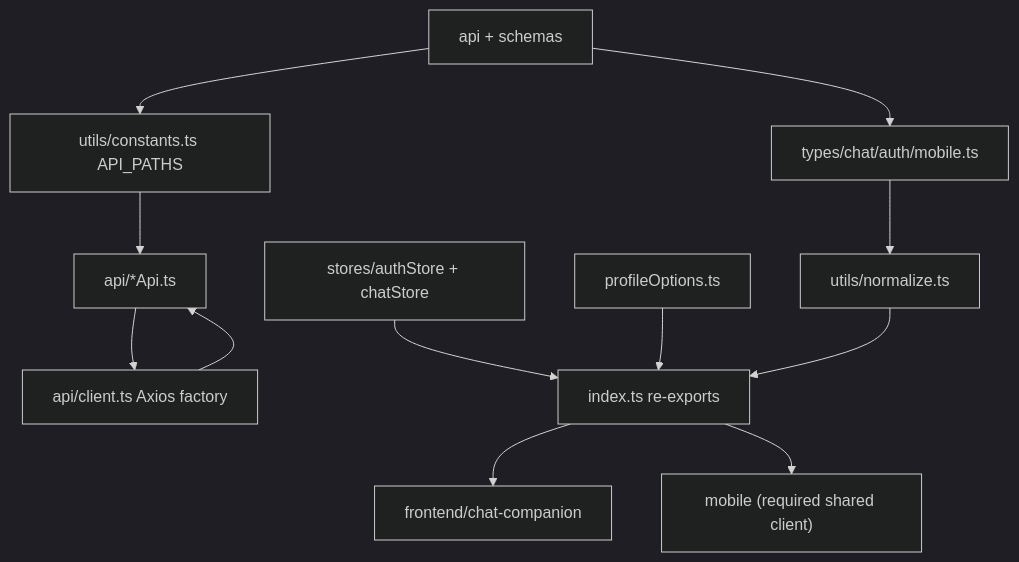
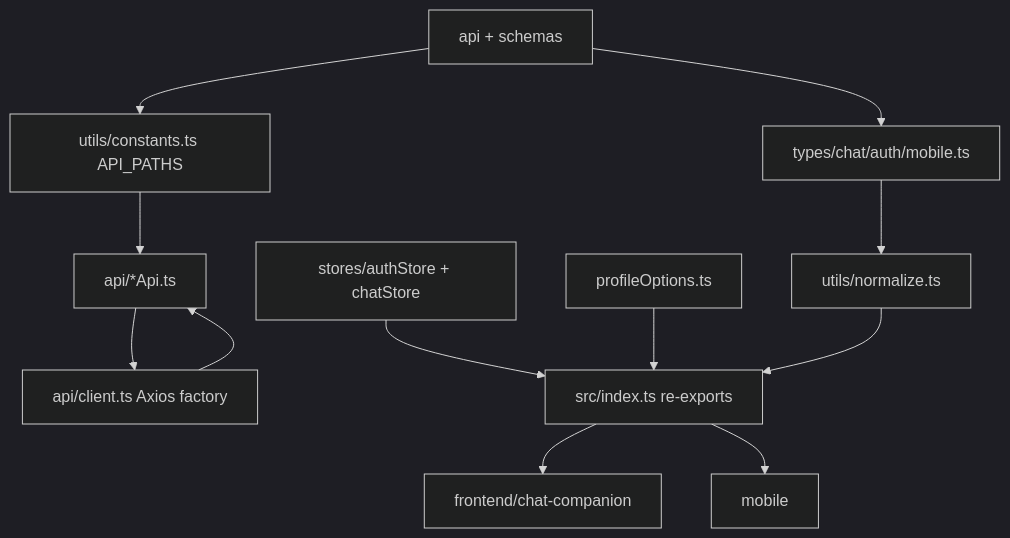
Before and after one commit to hoainam183/GR: the diagram in src/RAG_v2/packages/MODULE.md, drawn with Mermaid (dark theme). The commit also changed other lines of this file and 38 other files, not shown here.

````diff
--- a/src/RAG_v2/packages/MODULE.md
+++ b/src/RAG_v2/packages/MODULE.md
@@ -96,14 +109,14 @@
 ```mermaid
 flowchart TD
   Backend["api + schemas"] --> Constants["utils/constants.ts API_PATHS"]
   Backend --> Types["types/chat/auth/mobile.ts"]
   Types --> Normalize["utils/normalize.ts"]
   Constants --> APIHelpers["api/*Api.ts"]
   APIHelpers --> Client["api/client.ts Axios factory"]
-  Barrel["index.ts re-exports"] --> Web["frontend/chat-companion"]
-  Barrel --> Mobile["mobile (required shared client)"]
+  Barrel["src/index.ts re-exports"] --> Web["frontend/chat-companion"]
+  Barrel --> Mobile["mobile"]
   Client --> APIHelpers
   Stores["stores/authStore + chatStore"] --> Barrel
   Profile["profileOptions.ts"] --> Barrel
   Normalize --> Barrel
 ```
````
